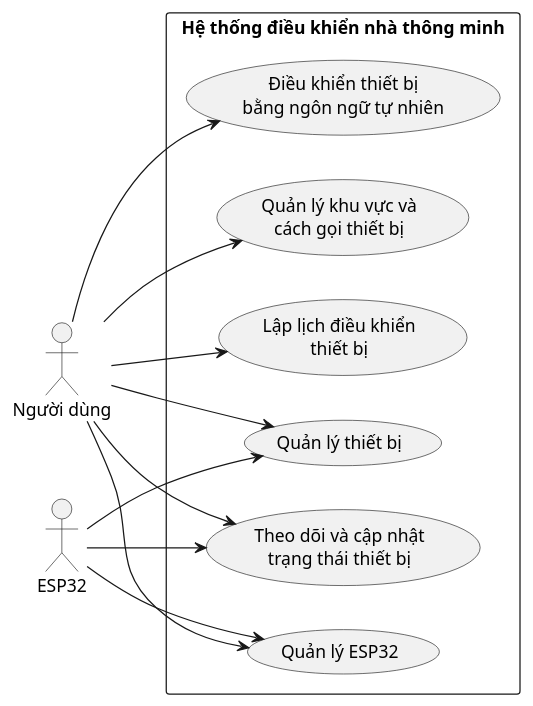
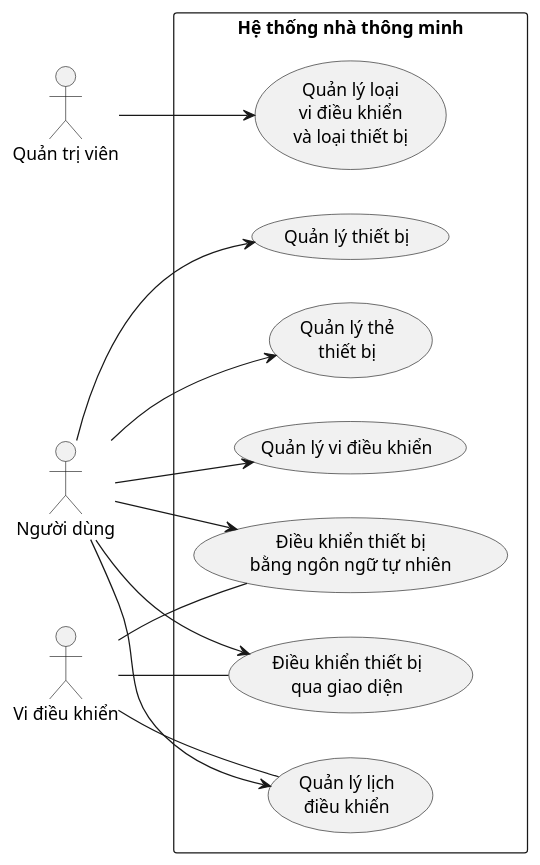
One commit to Minh-Quan-dz123/NAVOIT---Natural-language-based-Multi-device-AIoT-System-Control changed the diagram in docs/Usecase/tongquan.puml. Above: the diagram before and after it, drawn with PlantUML. The commit also changed other lines of this file and 149 other files, not shown here.

```diff
--- a/docs/Usecase/tongquan.puml
+++ b/docs/Usecase/tongquan.puml
@@ -1,28 +2,37 @@
 @startuml
 left to right direction
 
+skinparam shadowing false
+skinparam packageStyle rectangle
+
 actor "Người dùng" as User
-actor "ESP32" as ESP32
+actor "Quản trị viên" as Admin
+actor "Vi điều khiển" as MCU
 
-rectangle "Hệ thống điều khiển nhà thông minh" {
+rectangle "Hệ thống nhà thông minh" {
 
-    usecase "Điều khiển thiết bị\nbằng ngôn ngữ tự nhiên" as UC1
+    usecase "Quản lý vi điều khiển" as UC1
     usecase "Quản lý thiết bị" as UC2
-    usecase "Quản lý khu vực và\ncách gọi thiết bị" as UC3
-    usecase "Quản lý ESP32" as UC4
-    usecase "Lập lịch điều khiển\nthiết bị" as UC5
-    usecase "Theo dõi và cập nhật\ntrạng thái thiết bị" as UC6
+    usecase "Quản lý thẻ\nthiết bị" as UC3
+    usecase "Điều khiển thiết bị\nbằng ngôn ngữ tự nhiên" as UC4
+    usecase "Điều khiển thiết bị\nqua giao diện" as UC5
+    usecase "Quản lý lịch\nđiều khiển" as UC6
+    usecase "Quản lý loại\nvi điều khiển\nvà loại thiết bị" as UC7
+
+
 }
 
 User --> UC1
 User --> UC2
 User --> UC3
 User --> UC4
 User --> UC5
 User --> UC6
 
-ESP32 --> UC6
-ESP32 --> UC2
-ESP32 --> UC4
+Admin --> UC7
+
+MCU -- UC4
+MCU -- UC5
+MCU -- UC6
 
 @enduml
```
